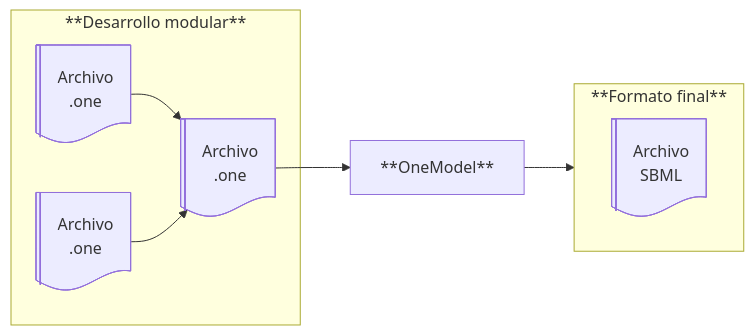
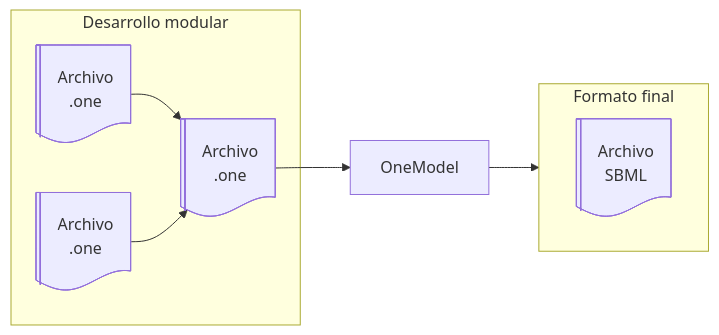
Before and after one commit to fernandonobel/fernandonobel.github.io: the first of 2 diagrams in content/_index.es.md, drawn with Mermaid. The commit also changed other lines of this file and 1 other file, not shown here.

````diff
--- a/content/_index.es.md
+++ b/content/_index.es.md
@@ -78,19 +78,19 @@
 ```mermaid
 flowchart LR
 
-    subgraph **Desarrollo modular**
+    subgraph Desarrollo modular
         one_file_1[Archivo <br> .one]@{ shape: lin-doc}
         one_file_2[Archivo <br> .one]@{ shape: lin-doc}
         one_file_3[Archivo <br> .one]@{ shape: lin-doc}
     end
 
-    OneModel[**OneModel**]
+    OneModel[OneModel]
 
-    subgraph **Formato final**
+    subgraph Formato final
         direction LR
         sbml_file[Archivo <br> SBML]@{ shape: lin-doc}
     end
 
     one_file_2 & one_file_3 --> one_file_1
     one_file_1 --> OneModel --> sbml_file
 ```
````
